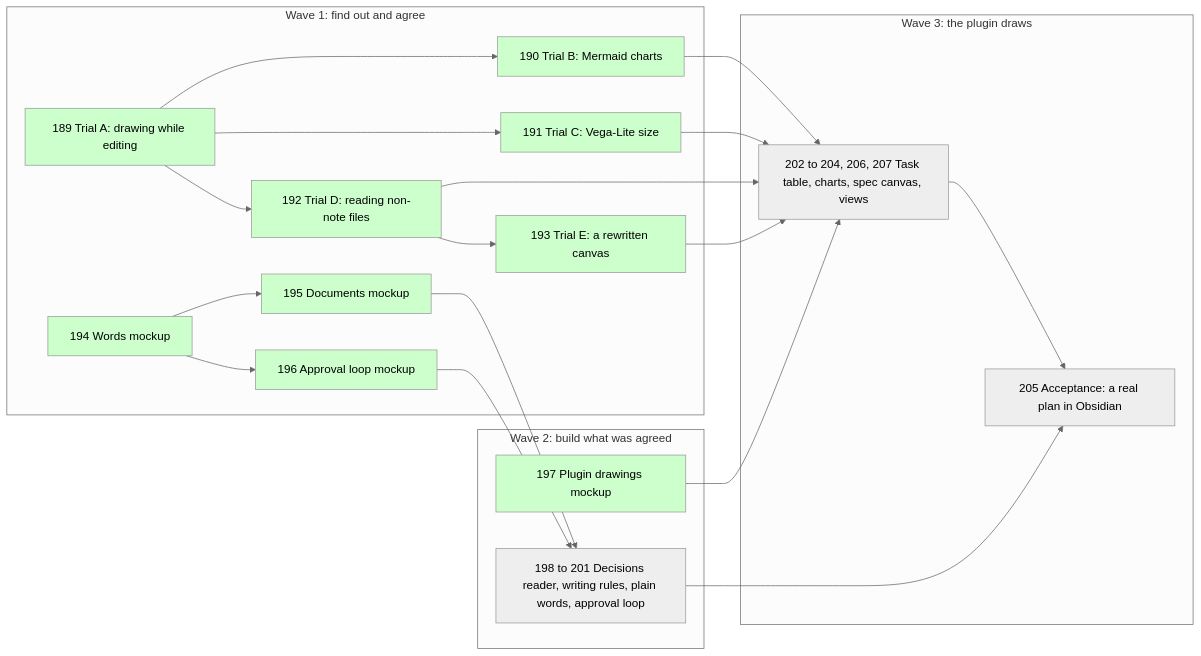
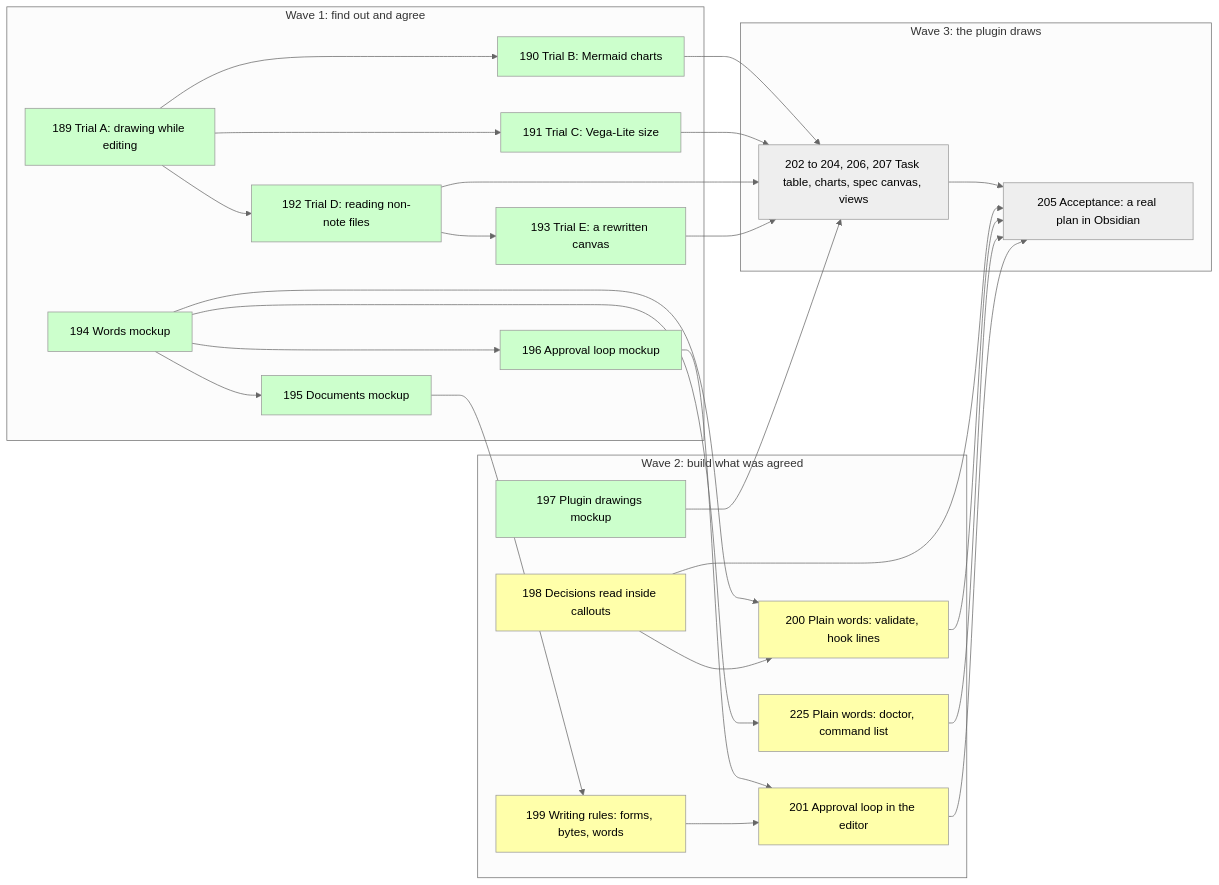
Before and after one commit to hodor/claude-compass: the diagram in .compass/plans/PLAN-024-working-in-compass-is-visual.md, drawn with Mermaid (neutral theme). The commit also changed other lines of this file and 1 other file, not shown here.

````diff
--- a/.compass/plans/PLAN-024-working-in-compass-is-visual.md
+++ b/.compass/plans/PLAN-024-working-in-compass-is-visual.md
@@ -26,30 +26,36 @@
 ```mermaid
 flowchart LR
   subgraph W1["Wave 1: find out and agree"]
     T189["189 Trial A: drawing while editing"]:::done
     T190["190 Trial B: Mermaid charts"]:::done
     T191["191 Trial C: Vega-Lite size"]:::done
     T192["192 Trial D: reading non-note files"]:::done
     T193["193 Trial E: a rewritten canvas"]:::done
     T194["194 Words mockup"]:::done
     T195["195 Documents mockup"]:::done
     T196["196 Approval loop mockup"]:::done
   end
   subgraph W2["Wave 2: build what was agreed"]
     T197["197 Plugin drawings mockup"]:::done
-    B["198 to 201 Decisions reader, writing rules, plain words, approval loop"]:::later
+    T198["198 Decisions read inside callouts"]:::open
+    T199["199 Writing rules: forms, bytes, words"]:::open
+    T200["200 Plain words: validate, hook lines"]:::open
+    T225["225 Plain words: doctor, command list"]:::open
+    T201["201 Approval loop in the editor"]:::open
   end
   subgraph W3["Wave 3: the plugin draws"]
     V["202 to 204, 206, 207 Task table, charts, spec canvas, views"]:::later
     A["205 Acceptance: a real plan in Obsidian"]:::later
   end
   T189 --> T190 & T191 & T192
   T192 --> T193
-  T194 --> T195 & T196
+  T194 --> T195 & T196 & T200 & T225
   T190 & T191 & T192 & T193 & T197 --> V
-  T195 & T196 --> B
-  V & B --> A
+  T195 --> T199
+  T198 --> T200
+  T196 & T199 --> T201
+  V & T198 & T200 & T225 & T201 --> A
   classDef done fill:#cfc,color:#000
   classDef open fill:#ffa,color:#000
   classDef later fill:#eee,color:#000
 ```
````
